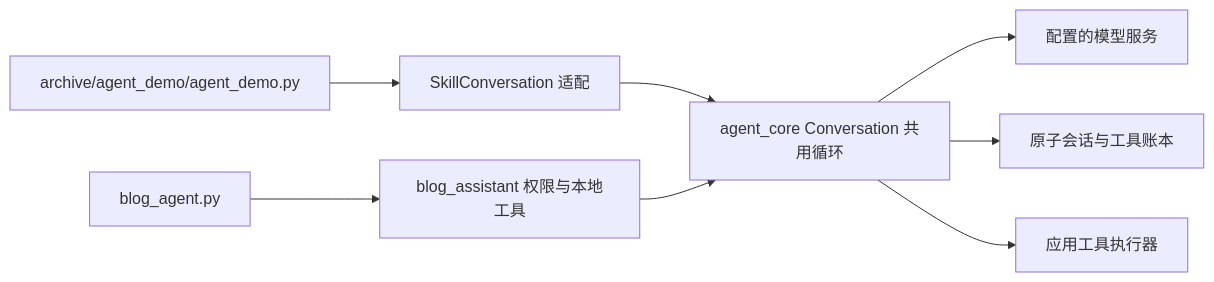
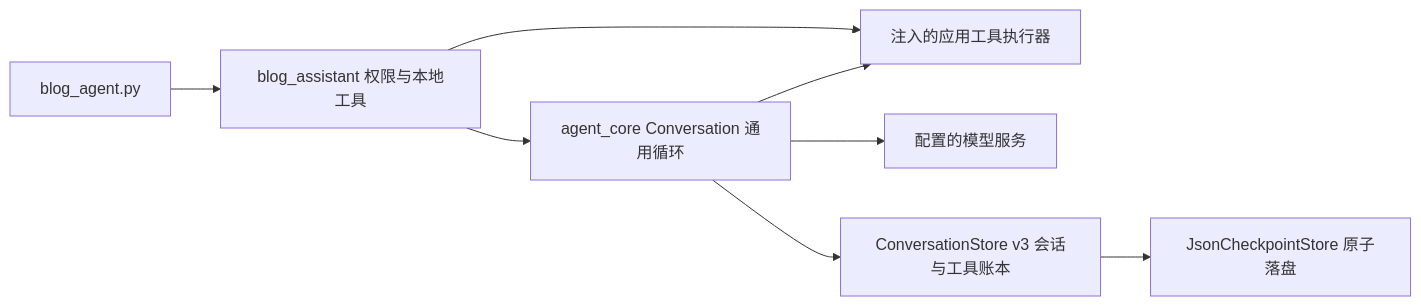
The diagram in code/blog_assistant/README.md (lidada64/Blog-Agent), drawn with Mermaid before and after one commit. The commit also changed other lines of this file and 84 other files, not shown here.

````diff
--- a/code/blog_assistant/README.md
+++ b/code/blog_assistant/README.md
@@ -109,10 +110,10 @@
 ```mermaid
 flowchart LR
-  Demo[archive/agent_demo/agent_demo.py] --> Skill[SkillConversation 适配]
   Blog[blog_agent.py] --> Business[blog_assistant 权限与本地工具]
-  Skill --> Core[agent_core Conversation 共用循环]
-  Business --> Core
+  Business --> Core[agent_core Conversation 通用循环]
+  Business --> Executor[注入的应用工具执行器]
   Core --> Model[配置的模型服务]
-  Core --> Store[原子会话与工具账本]
-  Core --> Executor[应用工具执行器]
+  Core --> Store[ConversationStore v3 会话与工具账本]
+  Store --> Disk[JsonCheckpointStore 原子落盘]
+  Core --> Executor
 ```
````
